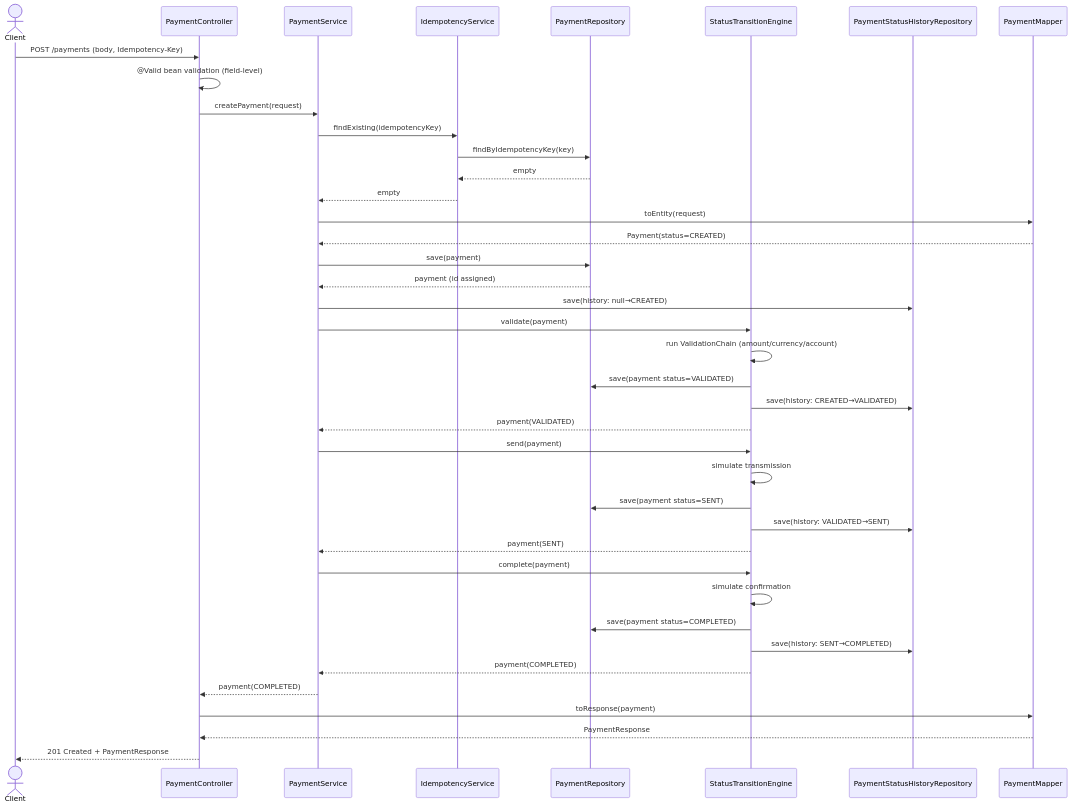
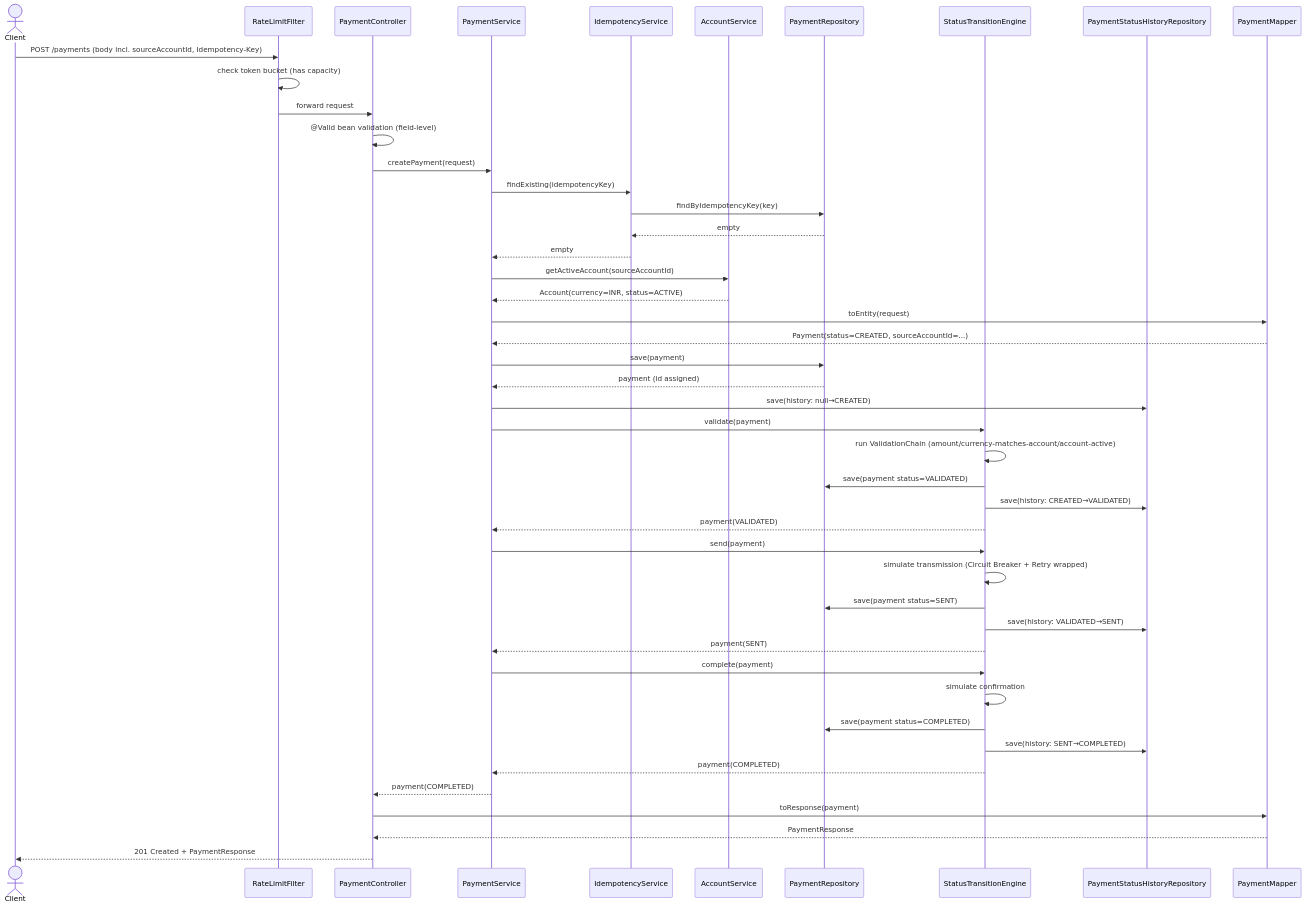
Before and after one commit to Neueda-Learning/11.102-PayPulse: the first of 9 diagrams in docs/09-UML-SEQUENCE-DIAGRAMS.md, drawn with Mermaid. The commit also changed other lines of this file and 27 other files, not shown here.

````diff
--- a/docs/09-UML-SEQUENCE-DIAGRAMS.md
+++ b/docs/09-UML-SEQUENCE-DIAGRAMS.md
@@ -7,43 +9,49 @@
 ```mermaid
 sequenceDiagram
     actor Client
+    participant Filter as RateLimitFilter
     participant Ctrl as PaymentController
     participant Svc as PaymentService
     participant Idem as IdempotencyService
+    participant AcctSvc as AccountService
     participant Repo as PaymentRepository
     participant Engine as StatusTransitionEngine
     participant HistRepo as PaymentStatusHistoryRepository
     participant Mapper as PaymentMapper
 
-    Client->>Ctrl: POST /payments (body, Idempotency-Key)
+    Client->>Filter: POST /payments (body incl. sourceAccountId, Idempotency-Key)
+    Filter->>Filter: check token bucket (has capacity)
+    Filter->>Ctrl: forward request
     Ctrl->>Ctrl: @Valid bean validation (field-level)
     Ctrl->>Svc: createPayment(request)
     Svc->>Idem: findExisting(idempotencyKey)
     Idem->>Repo: findByIdempotencyKey(key)
     Repo-->>Idem: empty
     Idem-->>Svc: empty
+    Svc->>AcctSvc: getActiveAccount(sourceAccountId)
+    AcctSvc-->>Svc: Account(currency=INR, status=ACTIVE)
     Svc->>Mapper: toEntity(request)
-    Mapper-->>Svc: Payment(status=CREATED)
+    Mapper-->>Svc: Payment(status=CREATED, sourceAccountId=...)
     Svc->>Repo: save(payment)
     Repo-->>Svc: payment (id assigned)
     Svc->>HistRepo: save(history: null→CREATED)
     Svc->>Engine: validate(payment)
-    Engine->>Engine: run ValidationChain (amount/currency/account)
+    Engine->>Engine: run ValidationChain (amount/currency-matches-account/account-active)
     Engine->>Repo: save(payment status=VALIDATED)
     Engine->>HistRepo: save(history: CREATED→VALIDATED)
     Engine-->>Svc: payment(VALIDATED)
     Svc->>Engine: send(payment)
-    Engine->>Engine: simulate transmission
+    Engine->>Engine: simulate transmission (Circuit Breaker + Retry wrapped)
     Engine->>Repo: save(payment status=SENT)
     Engine->>HistRepo: save(history: VALIDATED→SENT)
     Engine-->>Svc: payment(SENT)
     Svc->>Engine: complete(payment)
     Engine->>Engine: simulate confirmation
     Engine->>Repo: save(payment status=COMPLETED)
     Engine->>HistRepo: save(history: SENT→COMPLETED)
     Engine-->>Svc: payment(COMPLETED)
     Svc-->>Ctrl: payment(COMPLETED)
     Ctrl->>Mapper: toResponse(payment)
     Mapper-->>Ctrl: PaymentResponse
     Ctrl-->>Client: 201 Created + PaymentResponse
 ```
````
